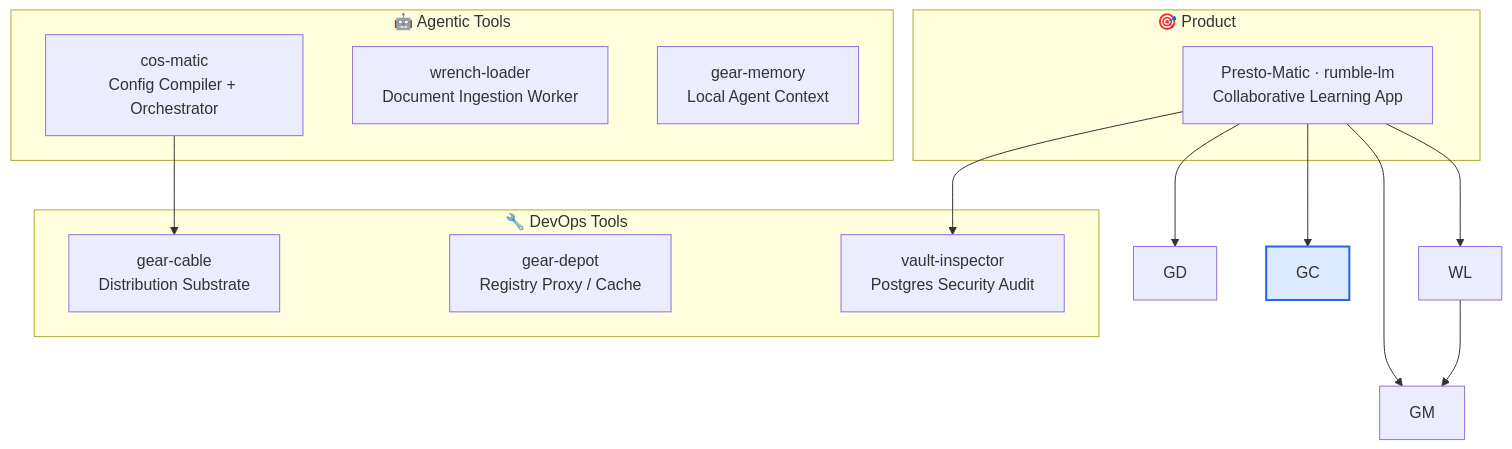
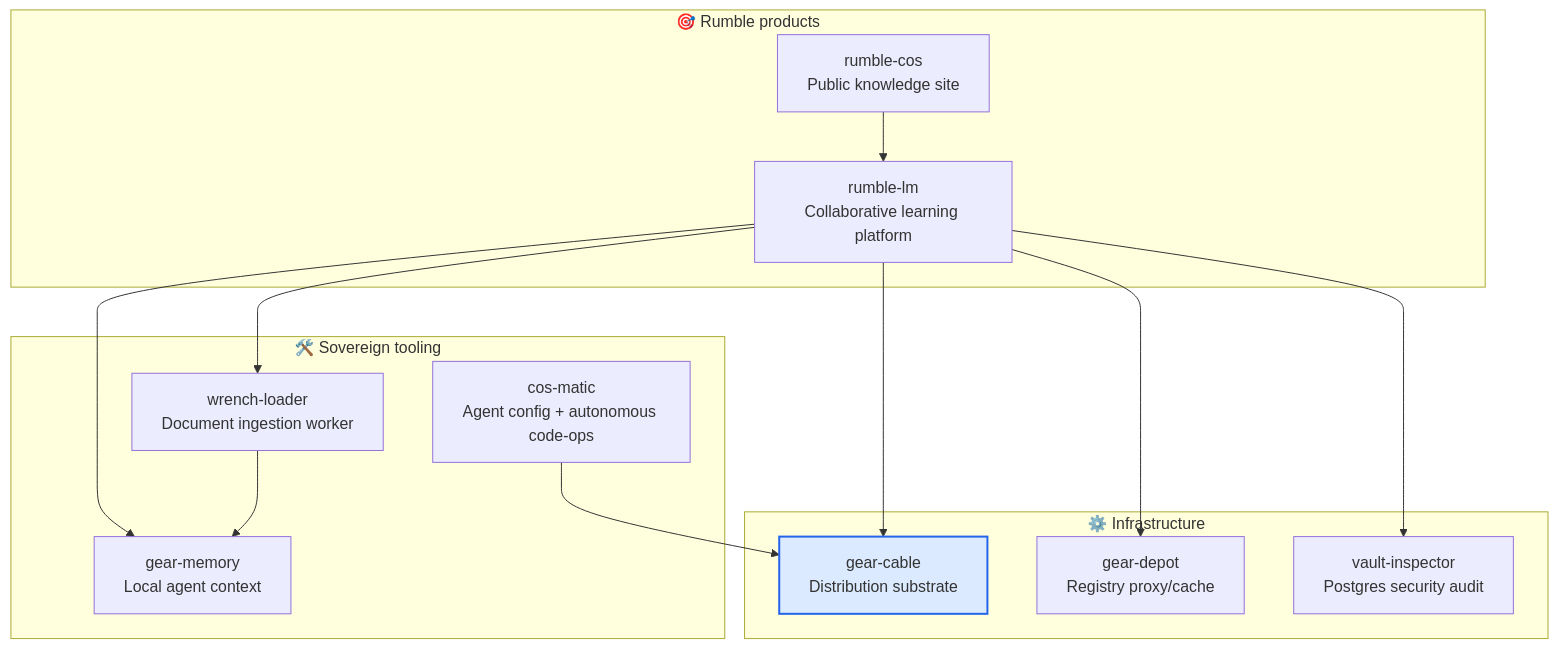
Before and after one commit to constantin-jais/link-cable: the diagram in README.md, drawn with Mermaid. The commit also changed other lines of this file and 1 other file, not shown here.

Commit message:
docs: update README branding

````diff
--- a/README.md
+++ b/README.md
@@ -17,24 +17,26 @@
 ```mermaid
 graph TB
-    subgraph product["🎯 Product"]
-        RL["Presto-Matic · rumble-lm<br/>Collaborative Learning App"]
+    subgraph products["🎯 Rumble products"]
+        RL["rumble-lm<br/>Collaborative learning platform"]
+        RC["rumble-cos<br/>Public knowledge site"]
     end
-    subgraph agentic["🤖 Agentic Tools"]
-        cosmatic["cos-matic<br/>Config Compiler + Orchestrator"]
-        DL["wrench-loader<br/>Document Ingestion Worker"]
-        MC["gear-memory<br/>Local Agent Context"]
+    subgraph tools["🛠️ Sovereign tooling"]
+        CM["cos-matic<br/>Agent config + autonomous code-ops"]
+        WL["wrench-loader<br/>Document ingestion worker"]
+        GM["gear-memory<br/>Local agent context"]
     end
-    subgraph devops["🔧 DevOps Tools"]
-        LC["gear-cable<br/>Distribution Substrate"]
-        SD["gear-depot<br/>Registry Proxy / Cache"]
-        VI["vault-inspector<br/>Postgres Security Audit"]
+    subgraph infra["⚙️ Infrastructure"]
+        GC["gear-cable<br/>Distribution substrate"]
+        GD["gear-depot<br/>Registry proxy/cache"]
+        VI["vault-inspector<br/>Postgres security audit"]
     end
     RL --> WL
     RL --> GM
     RL --> VI
     RL --> GD
     RL --> GC
-    cosmatic --> LC
+    RC --> RL
+    CM --> GC
     WL --> GM
     style GC fill:#dbeafe,stroke:#2563eb,stroke-width:2px
 ```
````
